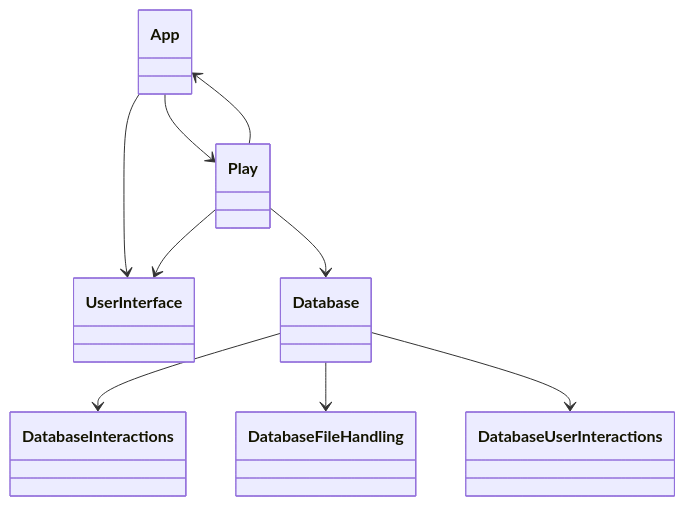
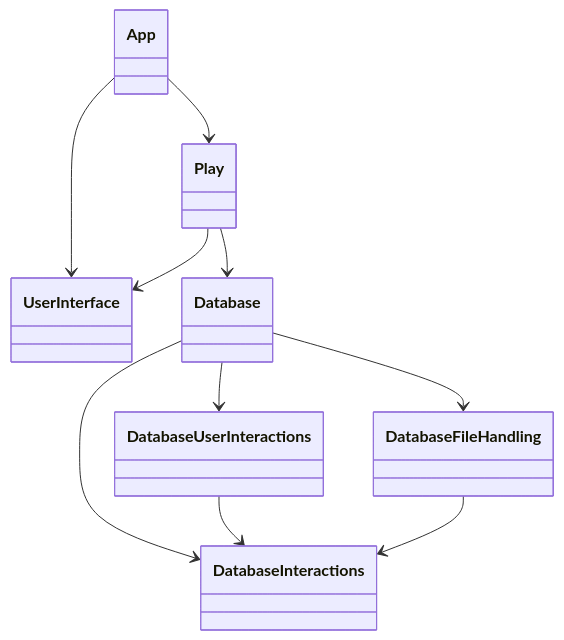
The diagram in dokumentaatio/luokkakaavio_nodetail.MD (platipus82/ot-harjoitustyo), drawn with Mermaid before and after one commit.

````diff
--- a/dokumentaatio/luokkakaavio_nodetail.MD
+++ b/dokumentaatio/luokkakaavio_nodetail.MD
@@ -1,19 +1,20 @@
 ```mermaid
-    classDiagram
-        class App
-        class Play
-        class UserInterface
-        class Database
-        class DatabaseUserInteractions
-        class DatabaseFileHandling
-        class DatabaseInteractions
-    
+classDiagram
+    class App
+    class Play
+    class UserInterface
+    class Database
+    class DatabaseInteractions
+    class DatabaseFileHandling
+    class DatabaseUserInteractions
+
     App --> UserInterface
     App --> Play
-    Play --> App
     Play --> UserInterface
     Play --> Database
     Database --> DatabaseInteractions
     Database --> DatabaseFileHandling
     Database --> DatabaseUserInteractions
+    DatabaseUserInteractions --> DatabaseInteractions
+    DatabaseFileHandling --> DatabaseInteractions
 ```
````
